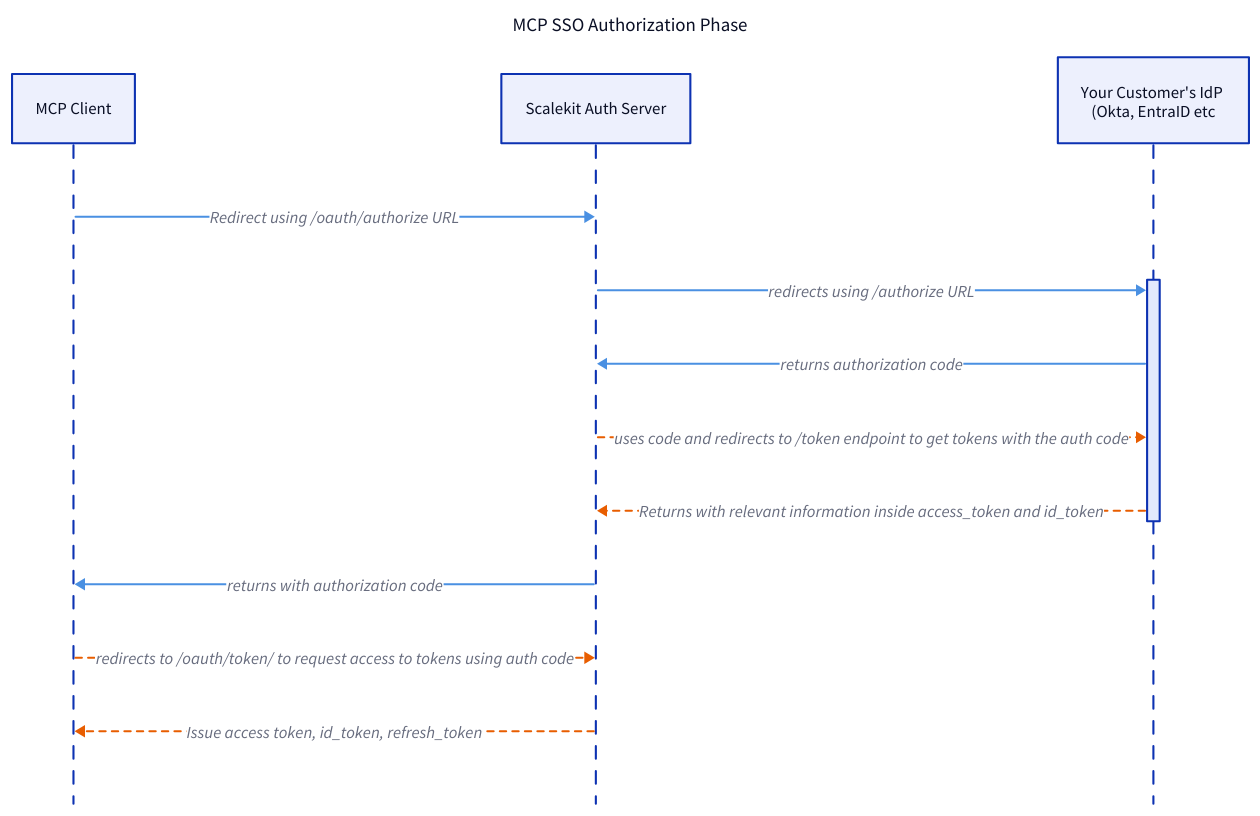
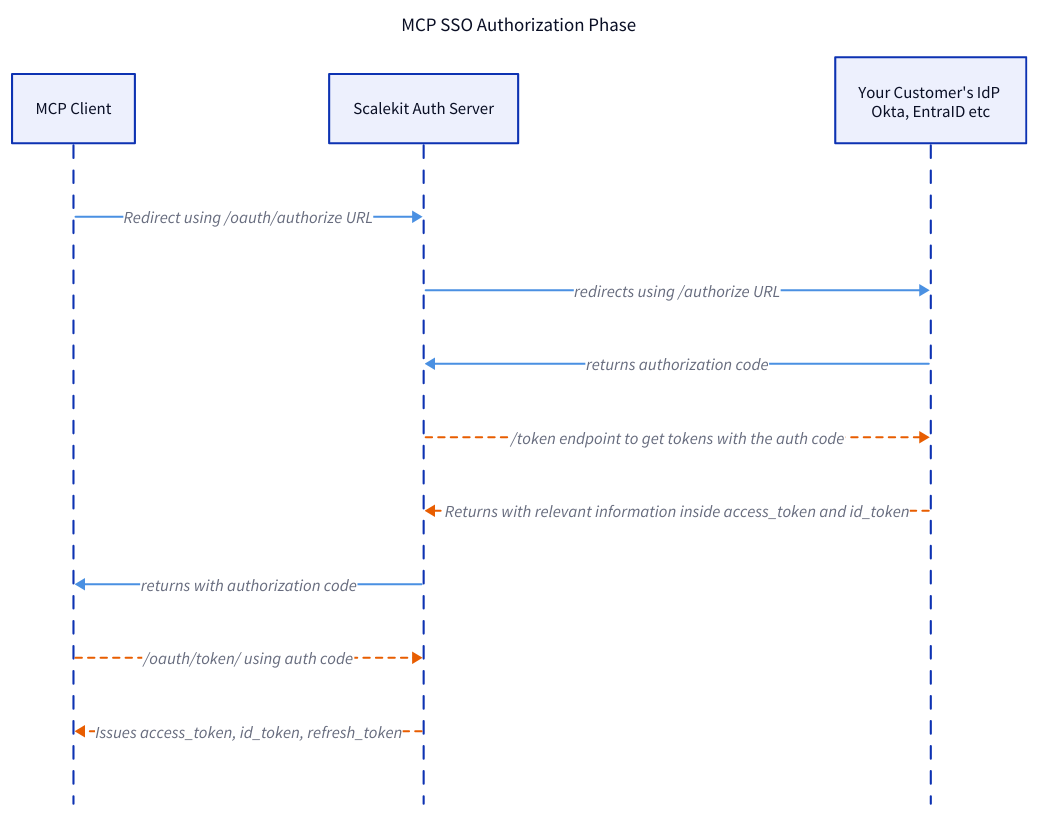
One commit to scalekit-inc/developer-docs changed the diagram in src/content/docs/mcp/auth-methods/enterprise.mdx. Above: the diagram before and after it, drawn with D2. The commit also changed other lines of this file and 8 other files, not shown here.

````diff
--- a/src/content/docs/mcp/auth-methods/enterprise.mdx
+++ b/src/content/docs/mcp/auth-methods/enterprise.mdx
@@ -17,60 +17,60 @@
 ```d2 pad=36
 title: "MCP SSO Authorization Phase" {
   near: top-center
   shape: text
   style.font-size: 18
 }
 
 shape: sequence_diagram
 
 MCP Client
 Scalekit Auth Server
-Your Customer's IdP \n (Okta, EntraID etc.)
+Your Customer's IdP \n Okta, EntraID etc.
 
 # Browser redirects (blue)
 MCP Client -> Scalekit Auth Server: Redirect using /oauth/authorize URL {
   style.stroke: "#4A90E2"
   style.stroke-width: 2
 }
-Scalekit Auth Server -> Your Customer's IdP \n (Okta, EntraID etc.): redirects using /authorize URL {
+Scalekit Auth Server -> Your Customer's IdP \n Okta, EntraID etc.: redirects using /authorize URL {
   style.stroke: "#4A90E2"
   style.stroke-width: 2
 }
 
-Your Customer's IdP \n (Okta, EntraID etc.) -> Scalekit Auth Server: returns authorization code {
+Your Customer's IdP \n Okta, EntraID etc. -> Scalekit Auth Server: returns authorization code {
   style.stroke: "#4A90E2"
   style.stroke-width: 2
 }
 
 # Machine-to-machine operations (orange/red)
-Scalekit Auth Server -> Your Customer's IdP \n (Okta, EntraID etc.): uses code and redirects to /token endpoint to get tokens with the auth code {
+Scalekit Auth Server -> Your Customer's IdP \n Okta, EntraID etc.: /token endpoint to get tokens with the auth code {
   style.stroke: "#E85D00"
   style.stroke-width: 2
   style.stroke-dash: 3
 }
 
-Your Customer's IdP \n (Okta, EntraID etc.) -> Scalekit Auth Server: Returns with relevant information inside access_token and id_token {
+Your Customer's IdP \n Okta, EntraID etc. -> Scalekit Auth Server: Returns with relevant information inside access_token and id_token {
   style.stroke: "#E85D00"
   style.stroke-width: 2
   style.stroke-dash: 3
 }
 
 # Browser redirect (blue)
 Scalekit Auth Server -> MCP Client: returns with authorization code {
   style.stroke: "#4A90E2"
   style.stroke-width: 2
 }
 
 # Machine-to-machine operations (orange/red)
-MCP Client -> Scalekit Auth Server: redirects to /oauth/token/ to request access to tokens using auth code {
+MCP Client -> Scalekit Auth Server: /oauth/token/ using auth code {
   style.stroke: "#E85D00"
   style.stroke-width: 2
   style.stroke-dash: 3
 }
 
-Scalekit Auth Server -> MCP Client: Issue access token, id_token, refresh_token {
+Scalekit Auth Server -> MCP Client: Issues access_token, id_token, refresh_token {
   style.stroke: "#E85D00"
   style.stroke-width: 2
   style.stroke-dash: 3
 }
 ```
````
